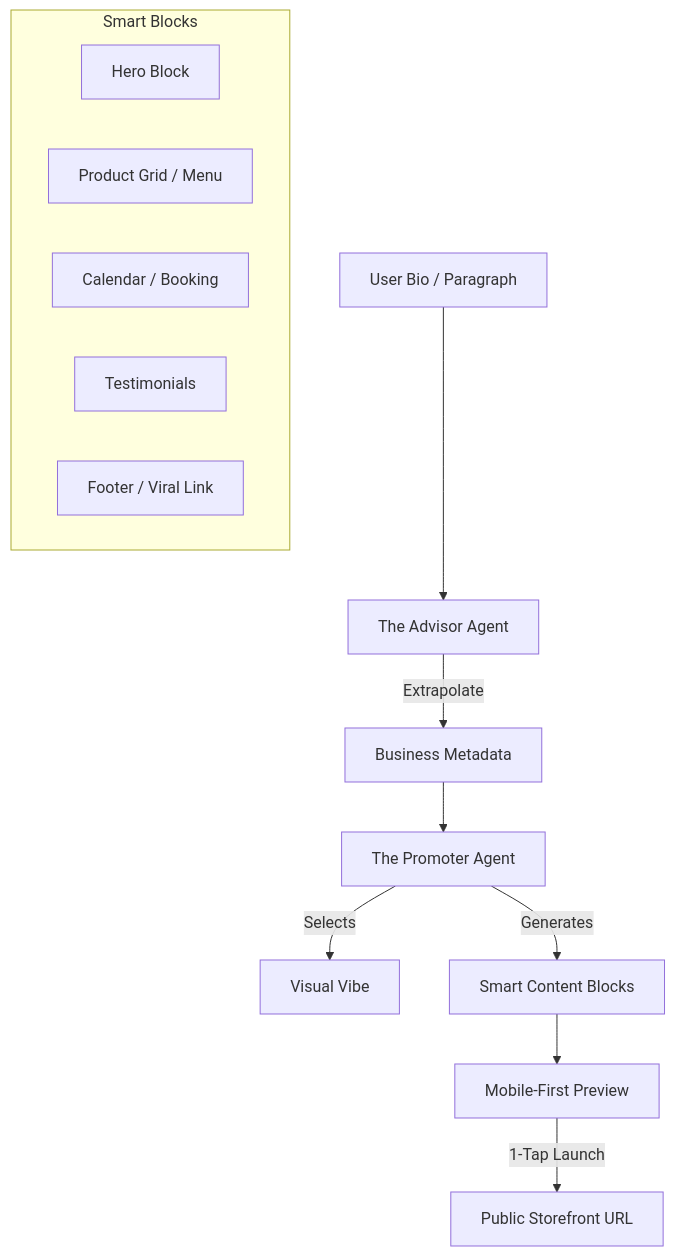
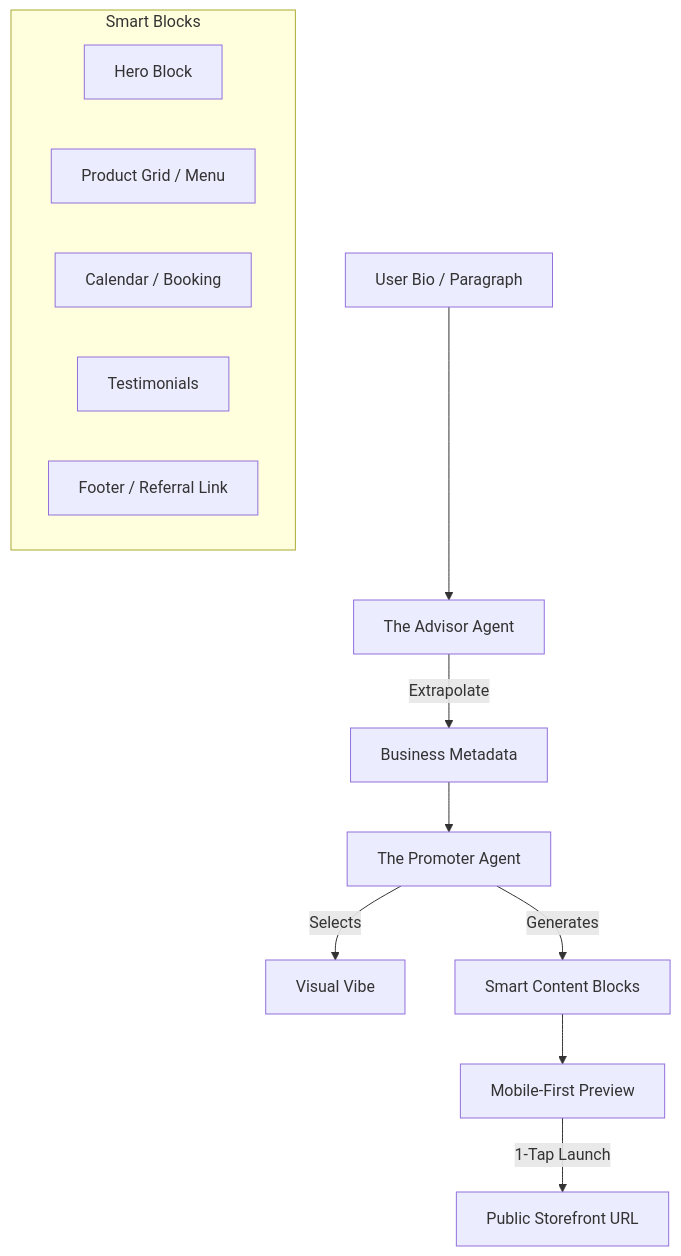
One commit to omnisolo-llc/onehumancorp changed the diagram in docs/research/[architecture]_website_storefront_builder.md. Above: the diagram before and after it, drawn with Mermaid. The commit also changed other lines of this file and 13 other files, not shown here.

````diff
--- a/docs/research/[architecture]_website_storefront_builder.md
+++ b/docs/research/[architecture]_website_storefront_builder.md
@@ -17,19 +17,19 @@
 ```mermaid
 graph TD
     UserBio[User Bio / Paragraph] --> Advisor[The Advisor Agent]
     Advisor -->|Extrapolate| Metadata[Business Metadata]
     Metadata --> Promoter[The Promoter Agent]
     Promoter -->|Selects| Template[Visual Vibe]
     Promoter -->|Generates| Blocks[Smart Content Blocks]
 
     subgraph Smart Blocks
         H[Hero Block]
         P[Product Grid / Menu]
         C[Calendar / Booking]
         T[Testimonials]
-        F[Footer / Viral Link]
+        F[Footer / Referral Link]
     end
 
     Blocks --> LivePreview[Mobile-First Preview]
     LivePreview -->|1-Tap Launch| LiveSite[Public Storefront URL]
 ```
````
